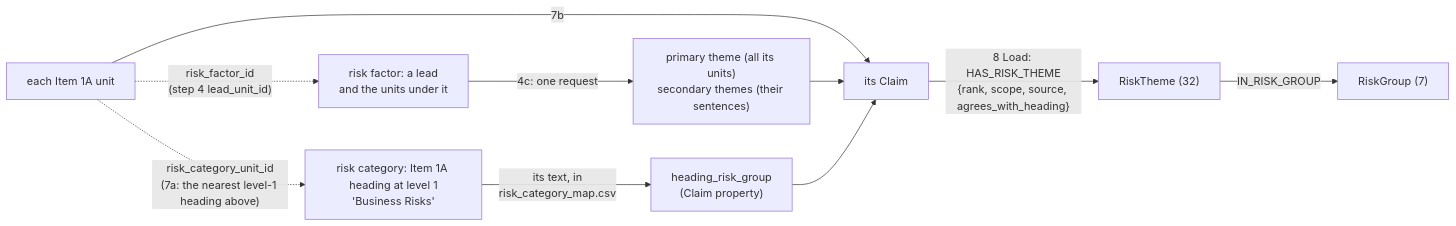
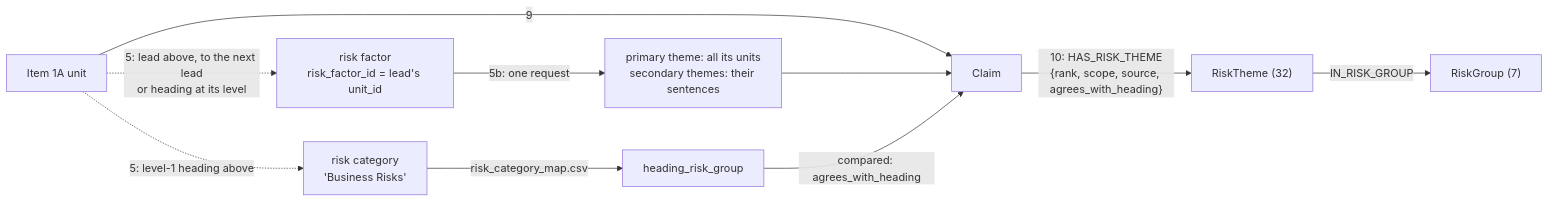
One commit to ZiyiClaudiaWang/KPMG-GraphRAG changed the fourth of 6 diagrams in extraction_pipeline/README.md. Above: the diagram before and after it, drawn with Mermaid. The commit also changed other lines of this file and 4 other files, not shown here.

Commit message:
Rewrite pipeline README: bullets, new diagrams, shorter setup and review; move merge notes to docs/

````diff
--- a/extraction_pipeline/README.md
+++ b/extraction_pipeline/README.md
@@ -156,12 +129,12 @@
 ```mermaid
 flowchart LR
-    U["each Item 1A unit"] -.->|"risk_category_unit_id<br/>(7a: the nearest level-1 heading above)"| CH["risk category: Item 1A heading at level 1<br/>'Business Risks'"]
-    CH -->|"its text, in<br/>risk_category_map.csv"| HG["heading_risk_group<br/>(Claim property)"]
-    U -.->|"risk_factor_id<br/>(step 4 lead_unit_id)"| RFX["risk factor: a lead<br/>and the units under it"]
-    RFX -->|"4c: one request"| TH["primary theme (all its units)<br/>secondary themes (their sentences)"]
-    U -->|"7b"| CL["its Claim"]
+    U["Item 1A unit"] -.->|"5: level-1 heading above"| CAT["risk category<br/>'Business Risks'"]
+    CAT -->|"risk_category_map.csv"| HG["heading_risk_group"]
+    U -.->|"5: lead above, to the next lead<br/>or heading at its level"| RF["risk factor<br/>risk_factor_id = lead's unit_id"]
+    RF -->|"5b: one request"| TH["primary theme: all its units<br/>secondary themes: their sentences"]
+    U -->|"9"| CL["Claim"]
     TH --> CL
-    HG --> CL
-    CL -->|"8 Load: HAS_RISK_THEME<br/>{rank, scope, source, agrees_with_heading}"| RT["RiskTheme (32)"]
-    RT -->|"IN_RISK_GROUP"| RG["RiskGroup (7)"]
+    HG -->|"compared: agrees_with_heading"| CL
+    CL -->|"10: HAS_RISK_THEME<br/>{rank, scope, source, agrees_with_heading}"| T["RiskTheme (32)"]
+    T -->|"IN_RISK_GROUP"| G["RiskGroup (7)"]
 ```
````
